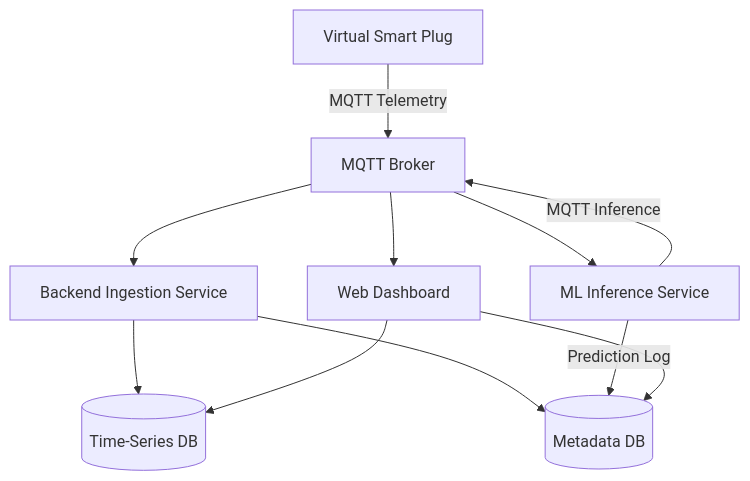
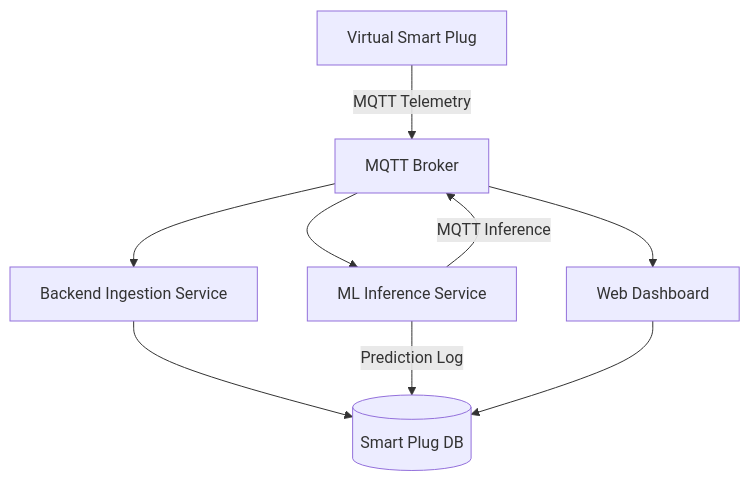
Before and after one commit to AbhiZx18324/iot-smart-plug: the diagram in README.md, drawn with Mermaid.

Commit message:
Revise README content and structure
Updated README to reflect changes in system architecture and team responsibilities.

````diff
--- a/README.md
+++ b/README.md
@@ -23,17 +23,15 @@
 ```mermaid
 graph TD
     A[Virtual Smart Plug] -->|MQTT Telemetry| B[MQTT Broker]
 
     B --> C[Backend Ingestion Service]
     B --> D[ML Inference Service]
 
-    C --> E[(Time-Series DB)]
-    C --> F[(Metadata DB)]
+    C --> E[(Smart Plug DB)]
 
     D -->|MQTT Inference| B
-    D -->|Prediction Log| F
+    D -->|Prediction Log| E
 
     B --> G[Web Dashboard]
     G --> E
-    G --> F
 ```
````
